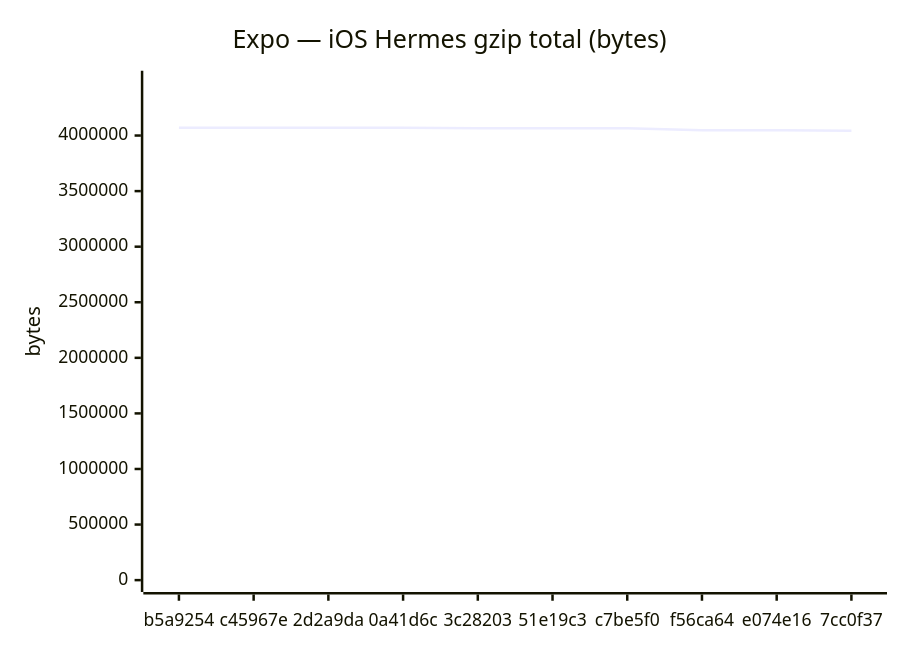
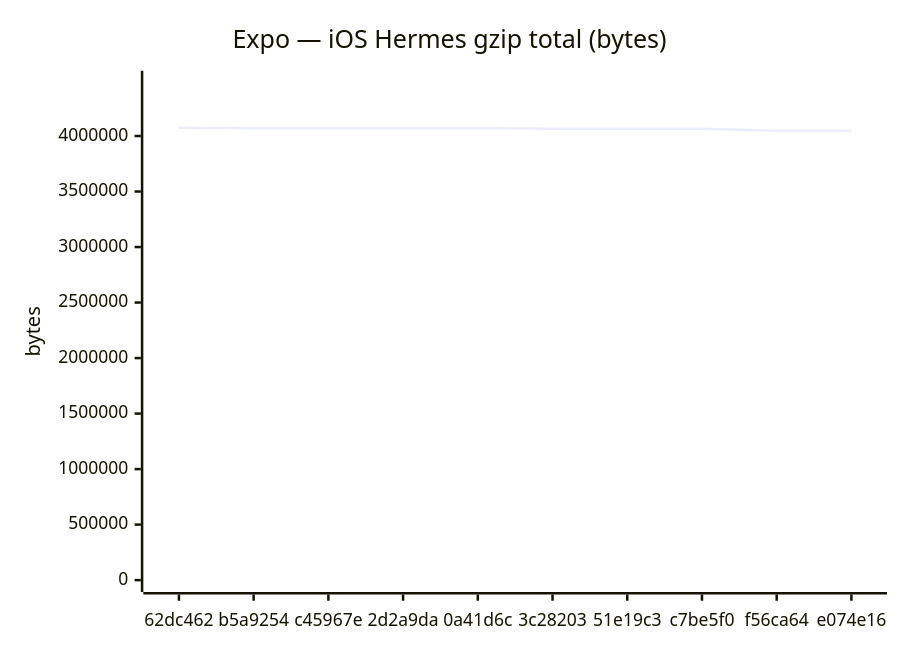
Before and after one commit to Metaheurist/Rianell: the sixth of 18 diagrams in benchmarks/compare.md, drawn with Mermaid. The commit also changed other lines of this file and 11 other files, not shown here.

````diff
--- a/benchmarks/compare.md
+++ b/benchmarks/compare.md
@@ -96,7 +96,7 @@
 ```mermaid
 xychart-beta
     title "Expo — iOS Hermes gzip total (bytes)"
-    x-axis ["b5a9254", "c45967e", "2d2a9da", "0a41d6c", "3c28203", "51e19c3", "c7be5f0", "f56ca64", "e074e16", "7cc0f37"]
-    y-axis "bytes" 0 --> 4476025
-    line [4069109, 4069113, 4069106, 4069107, 4065403, 4065816, 4065817, 4047233, 4047234, 4042958]
+    x-axis ["62dc462", "b5a9254", "c45967e", "2d2a9da", "0a41d6c", "3c28203", "51e19c3", "c7be5f0", "f56ca64", "e074e16"]
+    y-axis "bytes" 0 --> 4480788
+    line [4073443, 4069109, 4069113, 4069106, 4069107, 4065403, 4065816, 4065817, 4047233, 4047234]
 ```
````
